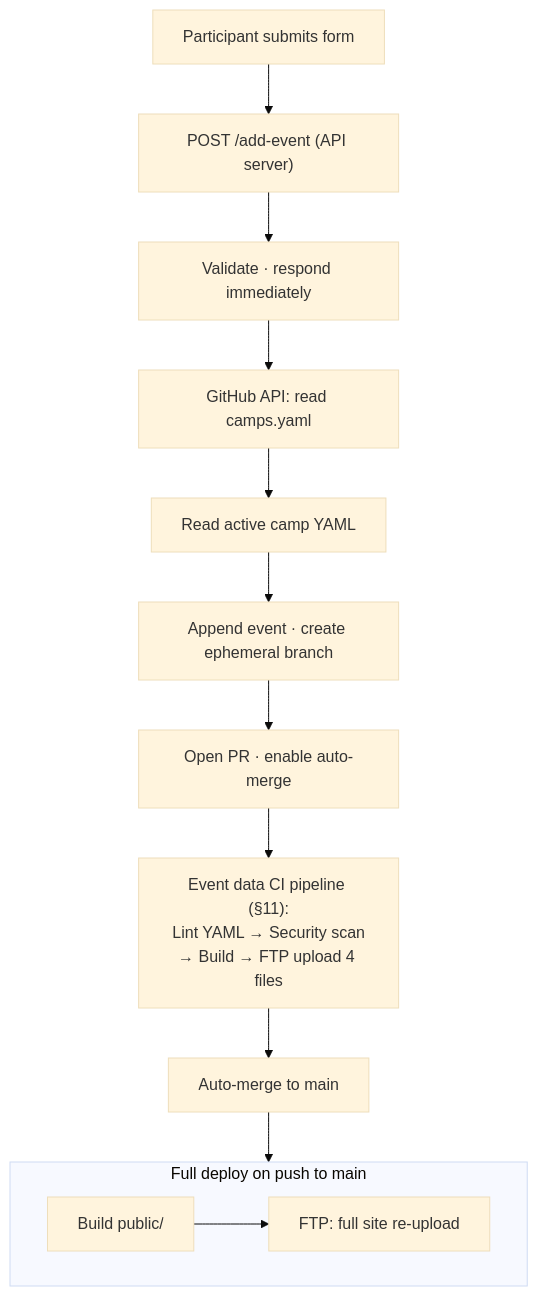
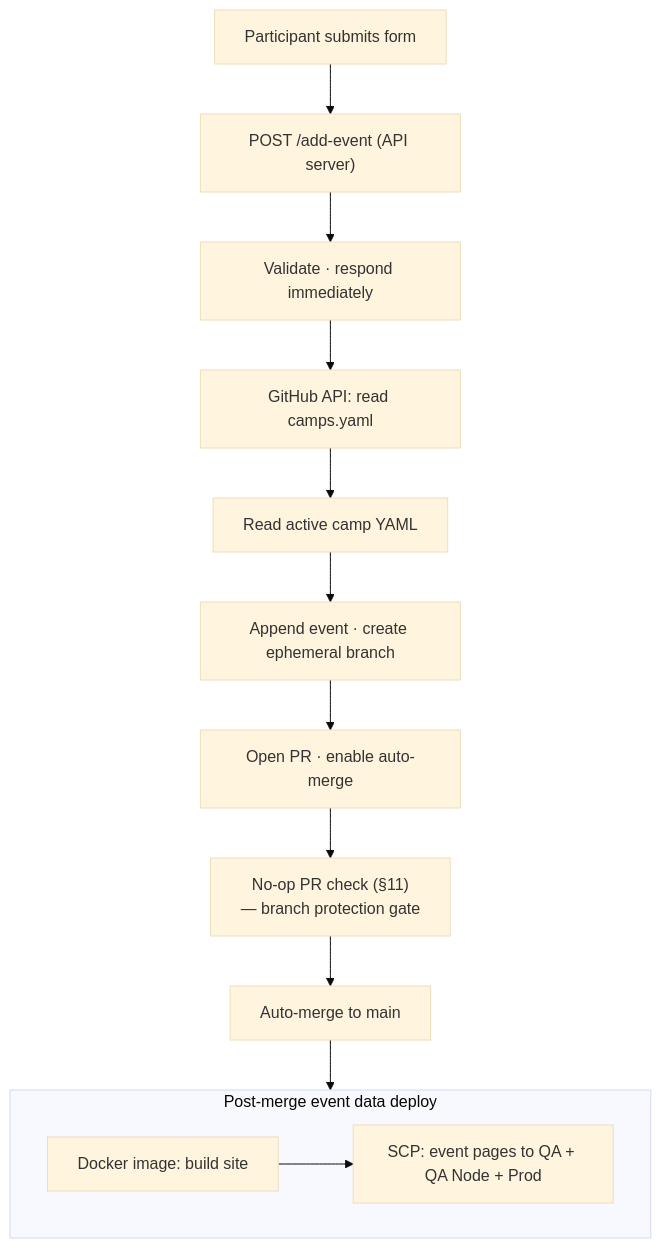
Before and after one commit to moggleif/sbsommar: the first of 2 diagrams in docs/03-ARCHITECTURE.md, drawn with Mermaid (base theme). The commit also changed other lines of this file and 4 other files, not shown here.

Commit message:
docs: document design and traceability for Docker-based event data CI pipeline

````diff
--- a/docs/03-ARCHITECTURE.md
+++ b/docs/03-ARCHITECTURE.md
@@ -108,16 +109,16 @@
 ```mermaid
 flowchart TD
     A[Participant submits form] --> B["POST /add-event (API server)"]
     B --> C[Validate · respond immediately]
     C --> D[GitHub API: read camps.yaml]
     D --> E[Read active camp YAML]
     E --> F[Append event · create ephemeral branch]
     F --> G[Open PR · enable auto-merge]
-    G --> H["Event data CI pipeline (§11):\nLint YAML → Security scan\n→ Build → FTP upload 4 files"]
+    G --> H["No-op PR check (§11)\n— branch protection gate"]
     H --> I[Auto-merge to main]
     I --> J
 
-    subgraph J [Full deploy on push to main]
-        K[Build public/] --> L[FTP: full site re-upload]
+    subgraph J [Post-merge event data deploy]
+        K[Docker image: build site] --> L[SCP: event pages to QA + QA Node + Prod]
     end
 ```
````
